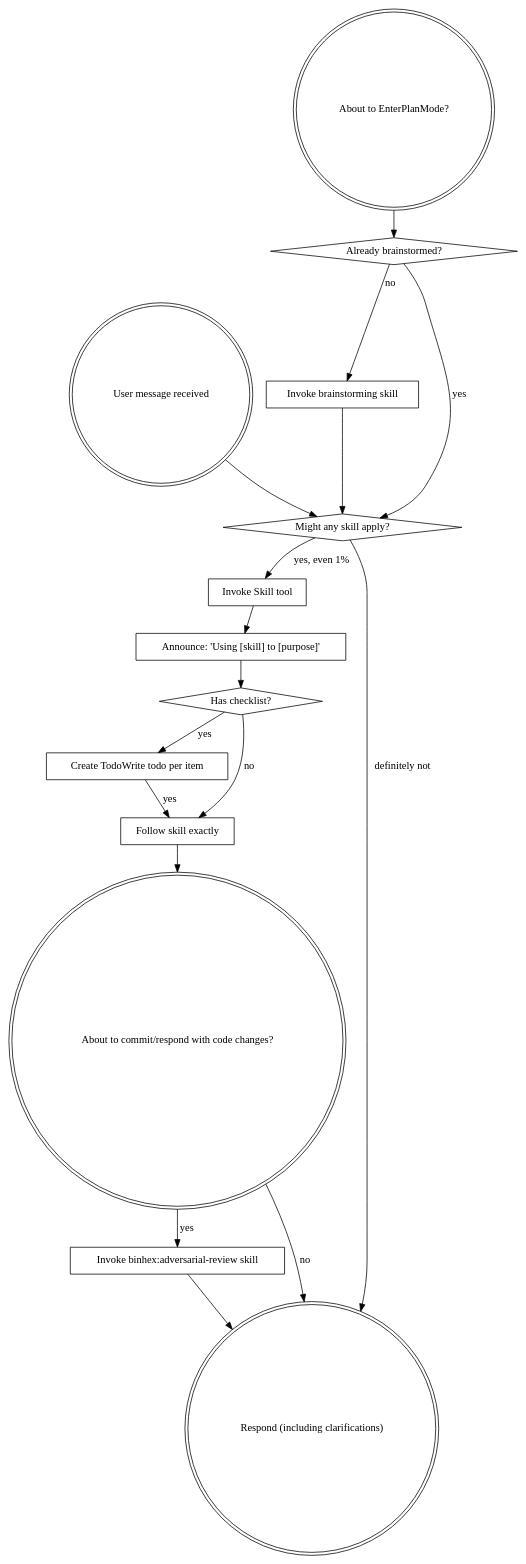
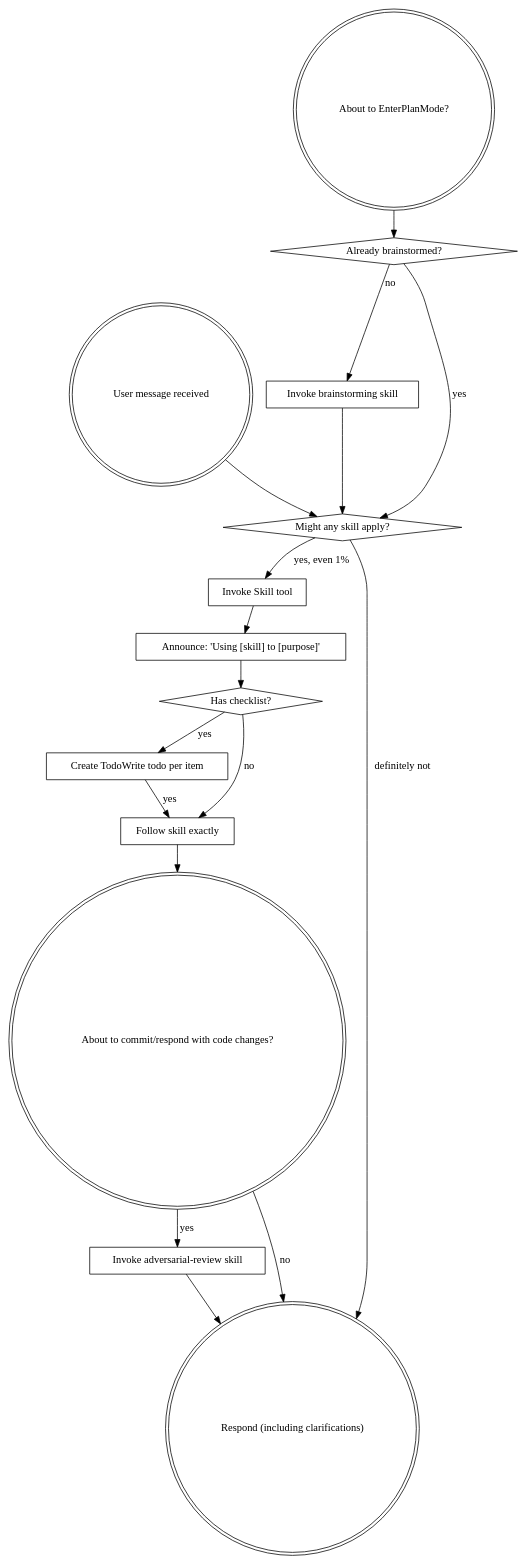
The diagram in skills/using-superpowers/SKILL.md (binhex/superpowers), drawn with Graphviz before and after one commit. The commit also changed 1 other file, not shown here.

Commit message:
skills tool uses stripped skill name, no plugin

````diff
--- a/skills/using-superpowers/SKILL.md
+++ b/skills/using-superpowers/SKILL.md
@@ -48,35 +48,35 @@
 ```dot
 digraph skill_flow {
     "User message received" [shape=doublecircle];
     "About to EnterPlanMode?" [shape=doublecircle];
     "Already brainstormed?" [shape=diamond];
     "Invoke brainstorming skill" [shape=box];
     "Might any skill apply?" [shape=diamond];
     "Invoke Skill tool" [shape=box];
     "Announce: 'Using [skill] to [purpose]'" [shape=box];
     "Has checklist?" [shape=diamond];
     "Create TodoWrite todo per item" [shape=box];
     "Follow skill exactly" [shape=box];
     "About to commit/respond with code changes?" [shape=doublecircle];
-    "Invoke binhex:adversarial-review skill" [shape=box];
+    "Invoke adversarial-review skill" [shape=box];
     "Respond (including clarifications)" [shape=doublecircle];
 
     "About to EnterPlanMode?" -> "Already brainstormed?";
     "Already brainstormed?" -> "Invoke brainstorming skill" [label="no"];
     "Already brainstormed?" -> "Might any skill apply?" [label="yes"];
     "Invoke brainstorming skill" -> "Might any skill apply?";
 
     "User message received" -> "Might any skill apply?";
     "Might any skill apply?" -> "Invoke Skill tool" [label="yes, even 1%"];
     "Might any skill apply?" -> "Respond (including clarifications)" [label="definitely not"];
     "Invoke Skill tool" -> "Announce: 'Using [skill] to [purpose]'";
     "Announce: 'Using [skill] to [purpose]'" -> "Has checklist?";
     "Has checklist?" -> "Create TodoWrite todo per item" [label="yes"];
     "Has checklist?" -> "Follow skill exactly" [label="no"];
     "Create TodoWrite todo per item" -> "Follow skill exactly" [label="yes"];
     "Follow skill exactly" -> "About to commit/respond with code changes?";
-    "About to commit/respond with code changes?" -> "Invoke binhex:adversarial-review skill" [label="yes"];
+    "About to commit/respond with code changes?" -> "Invoke adversarial-review skill" [label="yes"];
     "About to commit/respond with code changes?" -> "Respond (including clarifications)" [label="no"];
-    "Invoke binhex:adversarial-review skill" -> "Respond (including clarifications)";
+    "Invoke adversarial-review skill" -> "Respond (including clarifications)";
 }
 ```
````
